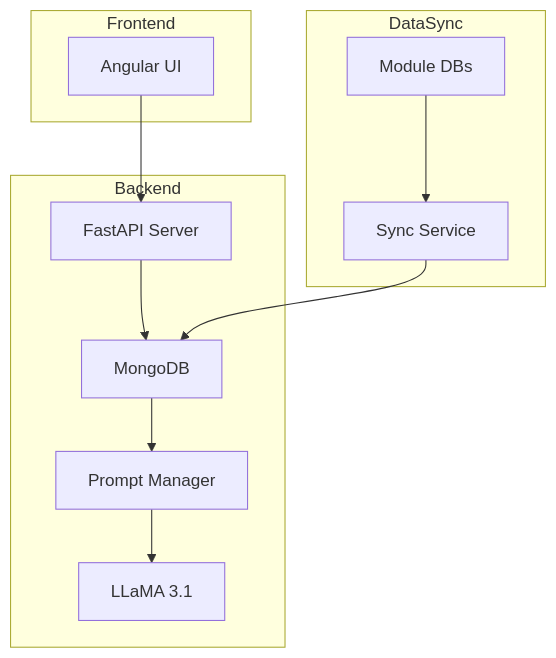
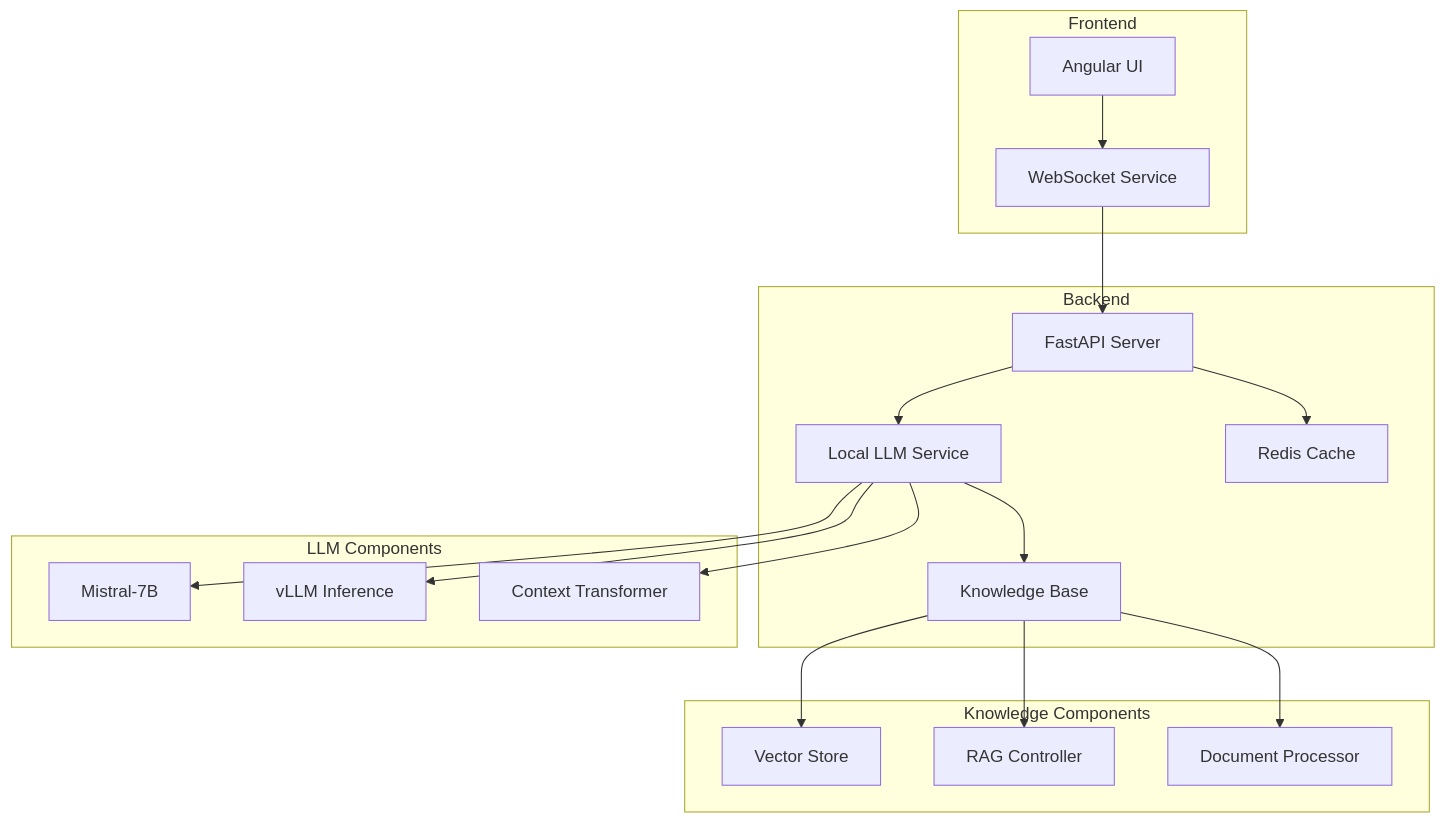
Before and after one commit to tareksahalia/mcm_chat: the second of 2 diagrams in README.md, drawn with Mermaid. The commit also changed other lines of this file, not shown here.

Commit message:
Future design state

````diff
--- a/README.md
+++ b/README.md
@@ -76,25 +76,32 @@
 ```mermaid
 flowchart TB
     subgraph Frontend
         UI[Angular UI]
+        WS[WebSocket Service]
     end
     
     subgraph Backend
         API[FastAPI Server]
-        PM[Prompt Manager]
-        LLM[LLaMA 3.1]
-        KB[MongoDB]
+        LLM[Local LLM Service]
+        KB[Knowledge Base]
+        Cache[Redis Cache]
     end
     
-    subgraph DataSync
-        Sync[Sync Service]
-        ModuleDBs[Module DBs]
+    UI --> WS
+    WS --> API
+    API --> LLM
+    LLM --> KB
+    API --> Cache
+    
+    subgraph LLM Components
+        LLM --> Mistral[Mistral-7B]
+        LLM --> VLLM[vLLM Inference]
+        LLM --> CT[Context Transformer]
     end
     
-    UI --> API
-    API --> KB
-    KB --> PM
-    PM --> LLM
-    ModuleDBs --> Sync
-    Sync --> KB
+    subgraph Knowledge Components
+        KB --> VS[Vector Store]
+        KB --> RC[RAG Controller]
+        KB --> Doc[Document Processor]
+    end
 ```
````
